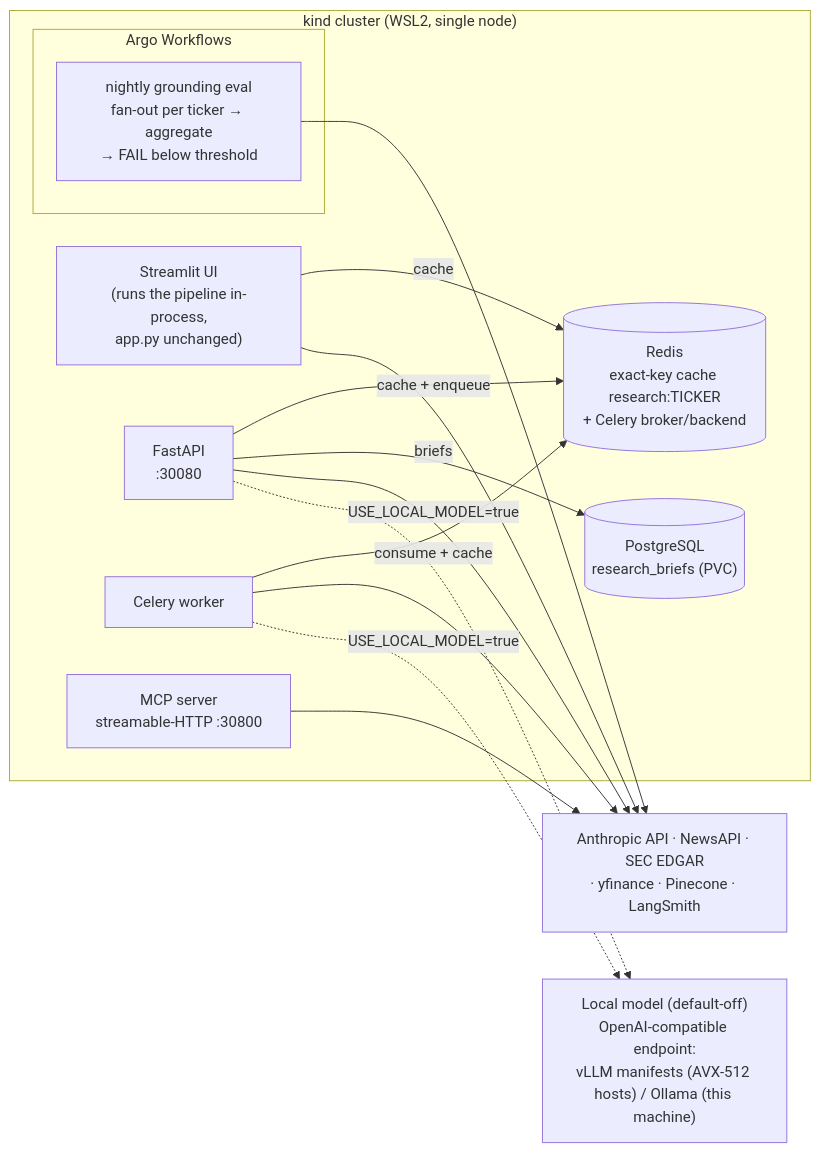
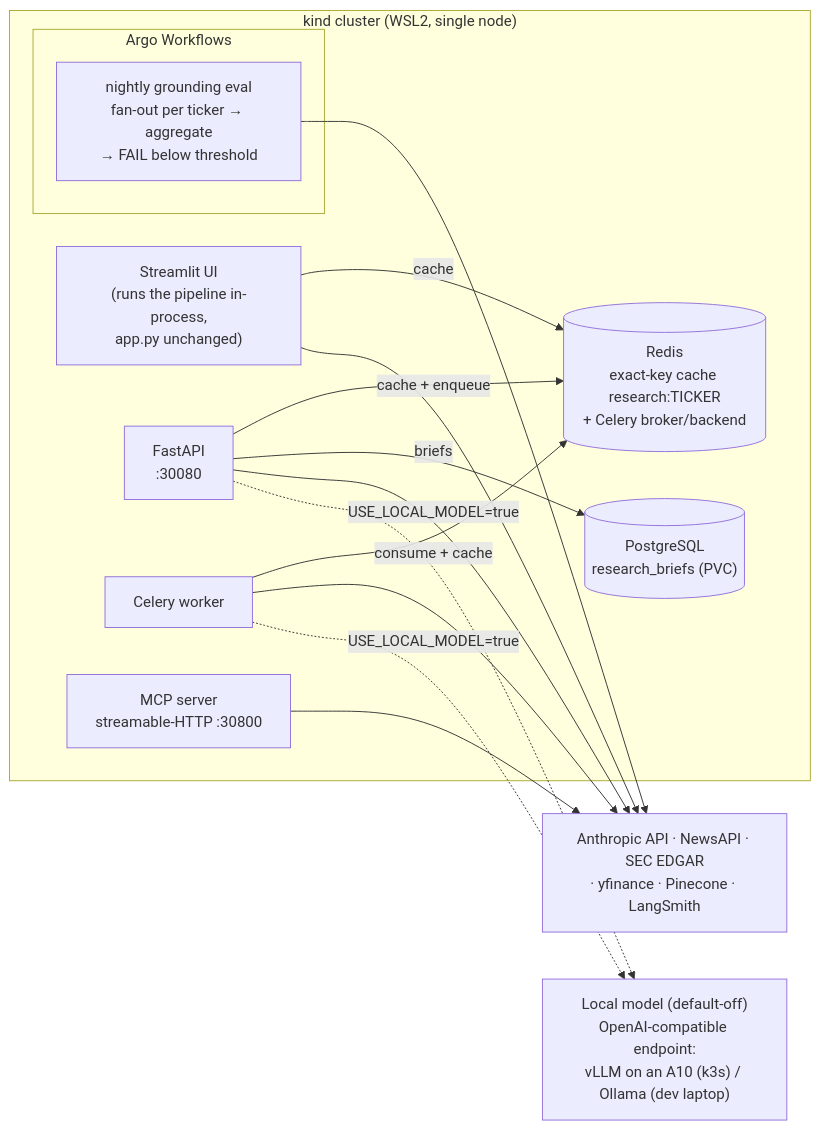
One commit to schen9999/financial-agent changed the diagram in README.md. Above: the diagram before and after it, drawn with Mermaid. The commit also changed other lines of this file and 2 other files, not shown here.

````diff
--- a/README.md
+++ b/README.md
@@ -206,28 +225,28 @@
 ```mermaid
 flowchart LR
     subgraph kind["kind cluster (WSL2, single node)"]
         ST["Streamlit UI<br/>(runs the pipeline in-process,<br/>app.py unchanged)"]
         API["FastAPI<br/>:30080"]
         WK["Celery worker"]
         RD[("Redis<br/>exact-key cache research:TICKER<br/>+ Celery broker/backend")]
         PG[("PostgreSQL<br/>research_briefs (PVC)")]
         MCP["MCP server<br/>streamable-HTTP :30800"]
         subgraph argo["Argo Workflows"]
             WF["nightly grounding eval<br/>fan-out per ticker → aggregate<br/>→ FAIL below threshold"]
         end
     end
     EXT["Anthropic API · NewsAPI · SEC EDGAR<br/>· yfinance · Pinecone · LangSmith"]
-    LOCAL["Local model (default-off)<br/>OpenAI-compatible endpoint:<br/>vLLM manifests (AVX-512 hosts) / Ollama (this machine)"]
+    LOCAL["Local model (default-off)<br/>OpenAI-compatible endpoint:<br/>vLLM on an A10 (k3s) / Ollama (dev laptop)"]
 
     API -->|"cache + enqueue"| RD
     API -->|"briefs"| PG
     WK -->|"consume + cache"| RD
     ST -->|"cache"| RD
     API --> EXT
     WK --> EXT
     ST --> EXT
     MCP --> EXT
     WF --> EXT
     API -.->|"USE_LOCAL_MODEL=true"| LOCAL
     WK -.->|"USE_LOCAL_MODEL=true"| LOCAL
 ```
````
